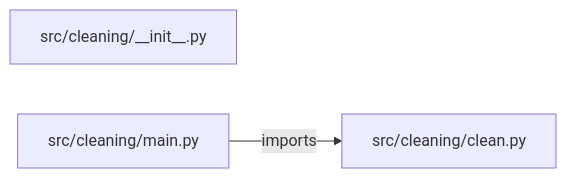
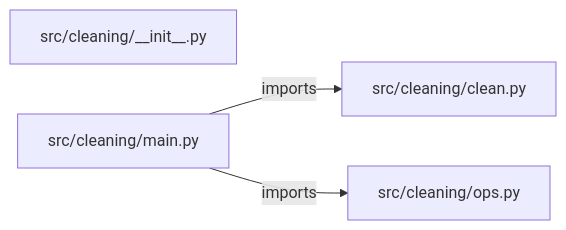
Before and after one commit to iarsingh/data-cleaning-tool: the diagram in PROJECT_ARCHITECTURE.md, drawn with Mermaid. The commit also changed other lines of this file and 2 other files, not shown here.

Commit message:
Refresh architecture and interview guides from current implementation

````diff
--- a/PROJECT_ARCHITECTURE.md
+++ b/PROJECT_ARCHITECTURE.md
@@ -13,7 +13,9 @@
 ```mermaid
 flowchart LR
     M0["src/cleaning/__init__.py"]
     M1["src/cleaning/clean.py"]
     M2["src/cleaning/main.py"]
+    M3["src/cleaning/ops.py"]
     M2 -->|imports| M1
+    M2 -->|imports| M3
 ```
````
